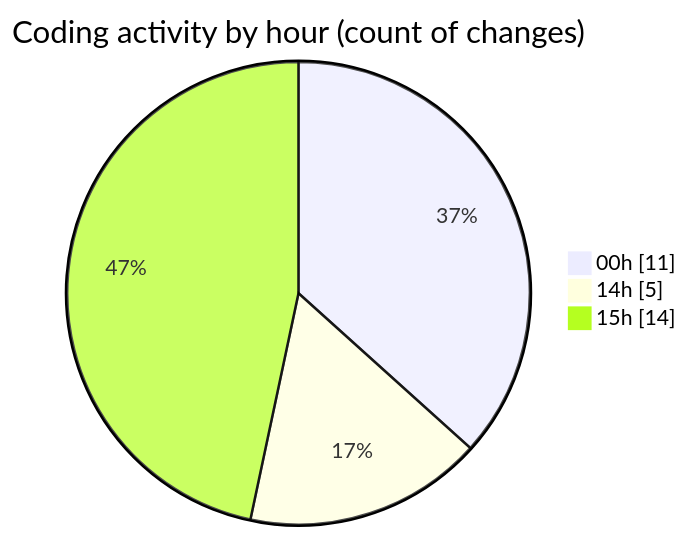
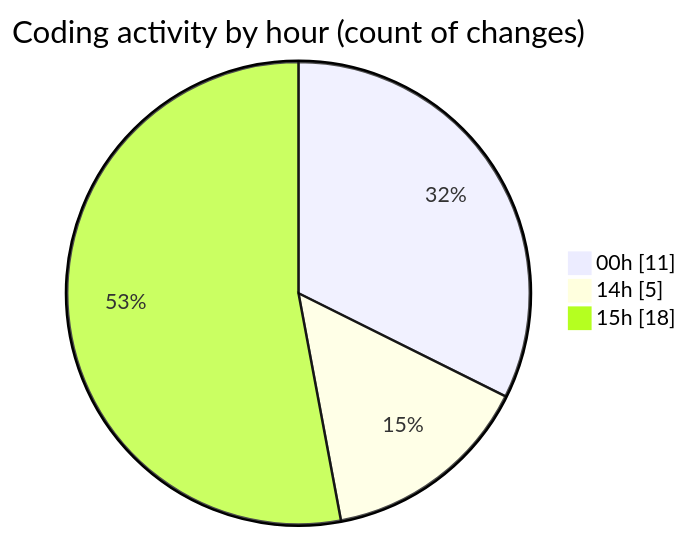
The second of 2 diagrams in 2025-06-21/refinedproject/README.md (Ritupan-Deka/code-tracking), drawn with Mermaid before and after one commit. The commit also changed other lines of this file and 1 other file, not shown here.

````diff
--- a/2025-06-21/refinedproject/README.md
+++ b/2025-06-21/refinedproject/README.md
@@ -34,7 +34,7 @@
 ```mermaid
 pie showData
 title Coding activity by hour (count of changes)
 "00h" : 11
 "14h" : 5
-"15h" : 14
+"15h" : 18
 ```
````
